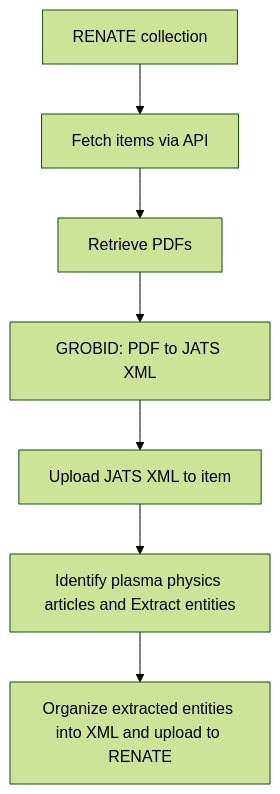
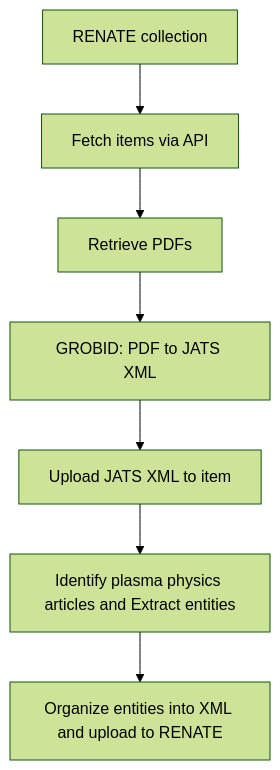
Before and after one commit to Mehr-OA/PDF-to-XML: the diagram in README.md, drawn with Mermaid (forest theme).

````diff
--- a/README.md
+++ b/README.md
@@ -16,9 +16,9 @@
 ```mermaid
 flowchart TD
     A[RENATE collection] --> B[Fetch items via API]
     B --> C[Retrieve PDFs]
     C --> D[GROBID: PDF to JATS XML]
     D --> E[Upload JATS XML to item]
     E --> F[Identify plasma physics articles and Extract entities]
-    F --> G[Organize extracted entities into XML and upload to RENATE]
+    F --> G[Organize entities into XML and upload to RENATE]
 ```
````
